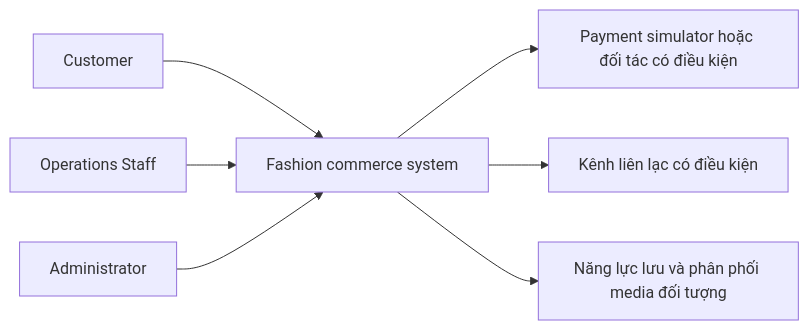
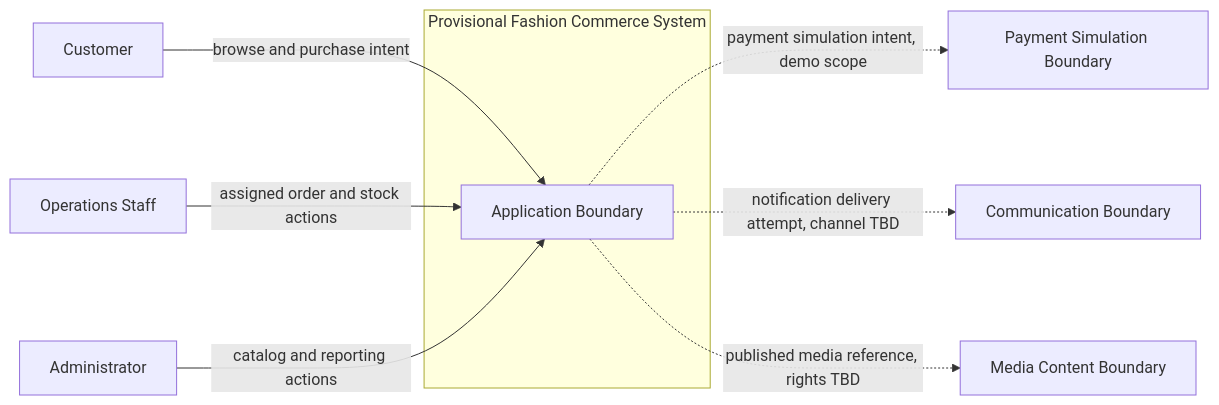
One commit to kieuquy283/EnterpriseE-commercePlatform changed the first of 10 diagrams in docs/06-architecture/logical-architecture.md. Above: the diagram before and after it, drawn with Mermaid. The commit also changed other lines of this file and 4 other files, not shown here.

Commit message:
docs: add technology-agnostic high-level diagrams

````diff
--- a/docs/06-architecture/logical-architecture.md
+++ b/docs/06-architecture/logical-architecture.md
@@ -17,9 +64,12 @@
 ```mermaid
 flowchart LR
-  C[Customer] --> S[Fashion commerce system]
-  O[Operations Staff] --> S
-  A[Administrator] --> S
-  S --> P[Payment simulator hoặc đối tác có điều kiện]
-  S --> N[Kênh liên lạc có điều kiện]
-  S --> M[Năng lực lưu và phân phối media đối tượng]
+  C[Customer] -->|browse and purchase intent| S
+  O[Operations Staff] -->|assigned order and stock actions| S
+  A[Administrator] -->|catalog and reporting actions| S
+  subgraph SYS[Provisional Fashion Commerce System]
+    S[Application Boundary]
+  end
+  S -.->|payment simulation intent, demo scope| P[Payment Simulation Boundary]
+  S -.->|notification delivery attempt, channel TBD| N[Communication Boundary]
+  S -.->|published media reference, rights TBD| M[Media Content Boundary]
 ```
````
